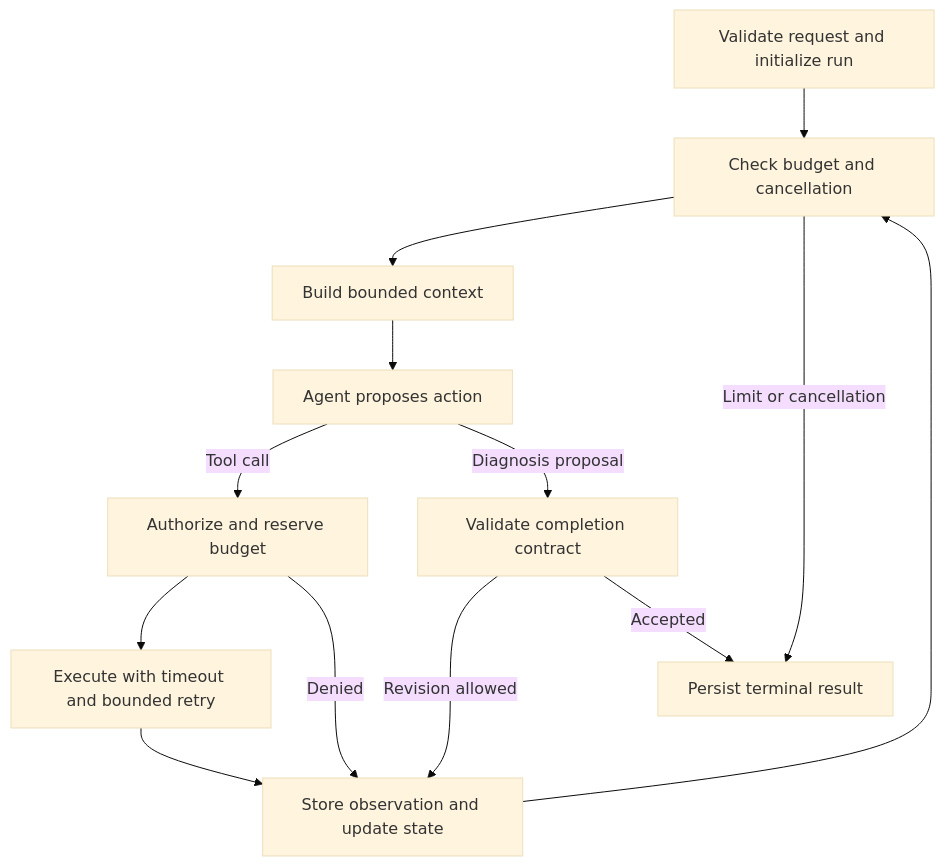
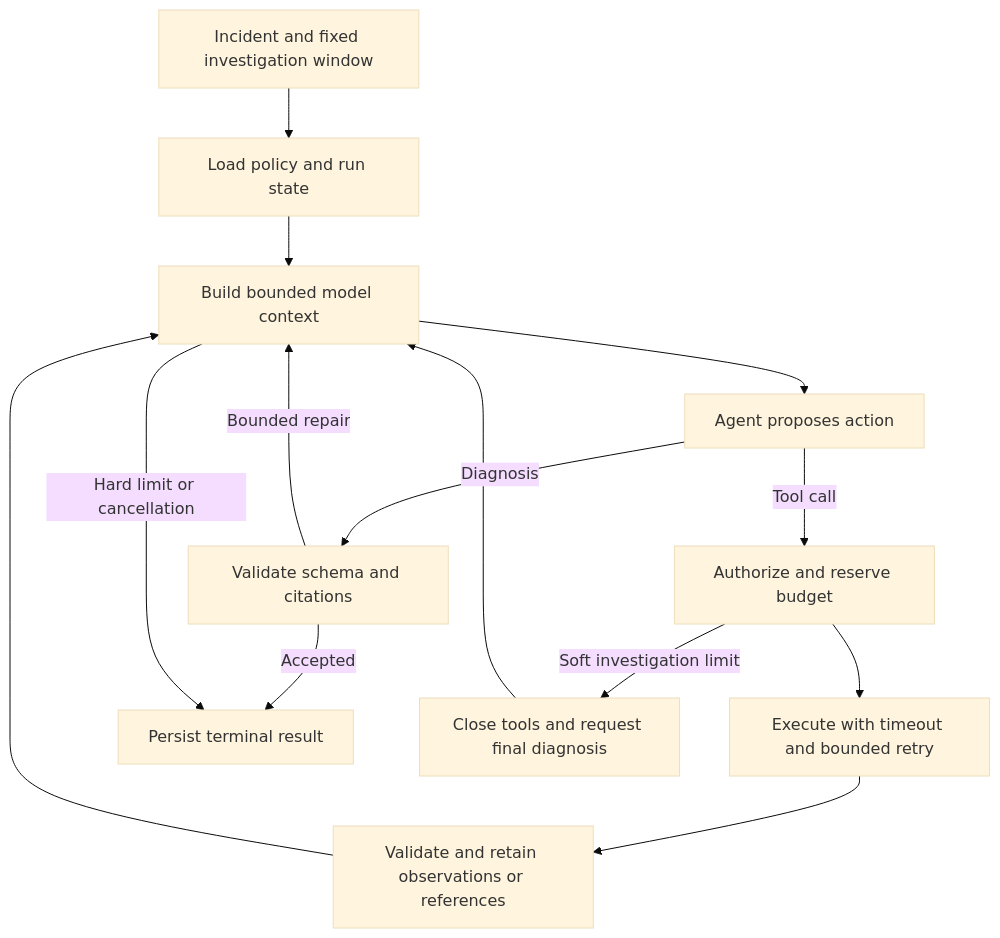
One commit to johnnyjly/TraceMind changed the diagram in DESIGN.md. Above: the diagram before and after it, drawn with Mermaid (base theme). The commit also changed other lines of this file and 5 other files, not shown here.

````diff
--- a/DESIGN.md
+++ b/DESIGN.md
@@ -99,15 +12,16 @@
 ```mermaid
 flowchart TD
-    A[Validate request and initialize run] --> B[Check budget and cancellation]
-    B --> C[Build bounded context]
+    A[Incident and fixed investigation window] --> B[Load policy and run state]
+    B --> C[Build bounded model context]
     C --> D[Agent proposes action]
     D -->|Tool call| E[Authorize and reserve budget]
     E --> F[Execute with timeout and bounded retry]
-    F --> G[Store observation and update state]
-    G --> B
-    D -->|Diagnosis proposal| H[Validate completion contract]
-    H -->|Revision allowed| G
+    F --> G[Validate and retain observations or references]
+    G --> C
+    D -->|Diagnosis| H[Validate schema and citations]
+    H -->|Bounded repair| C
     H -->|Accepted| I[Persist terminal result]
-    B -->|Limit or cancellation| I
-    E -->|Denied| G
+    E -->|Soft investigation limit| J[Close tools and request final diagnosis]
+    J --> C
+    C -->|Hard limit or cancellation| I
 ```
````
